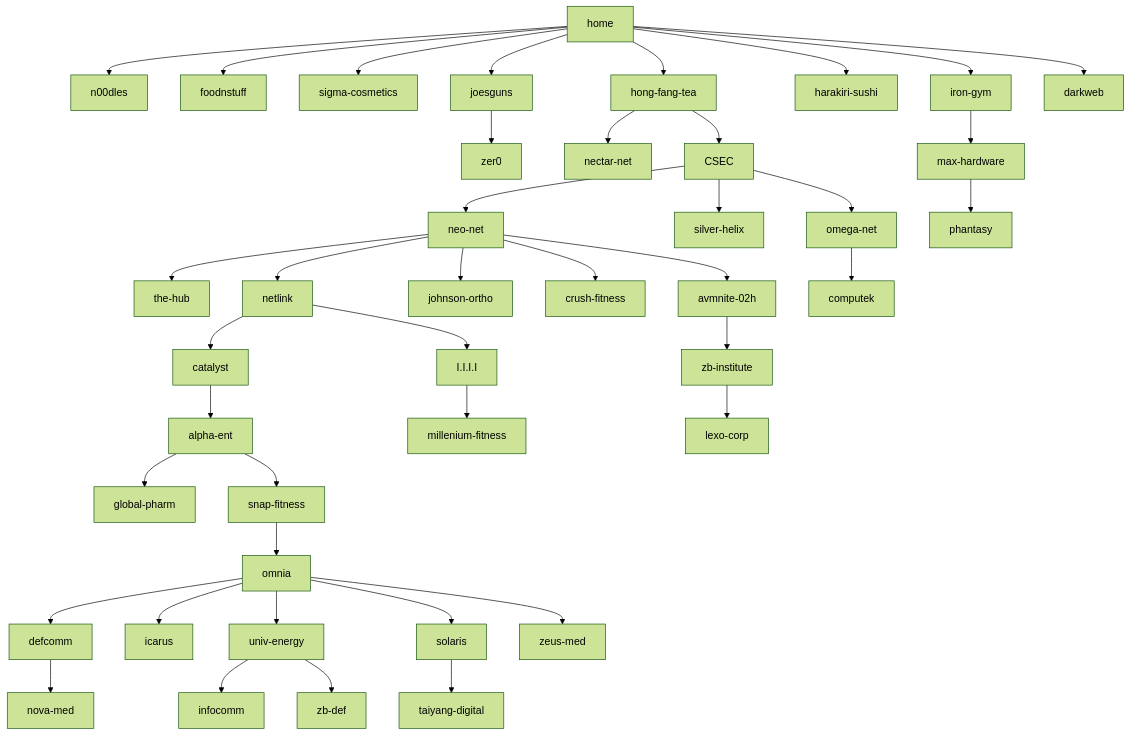
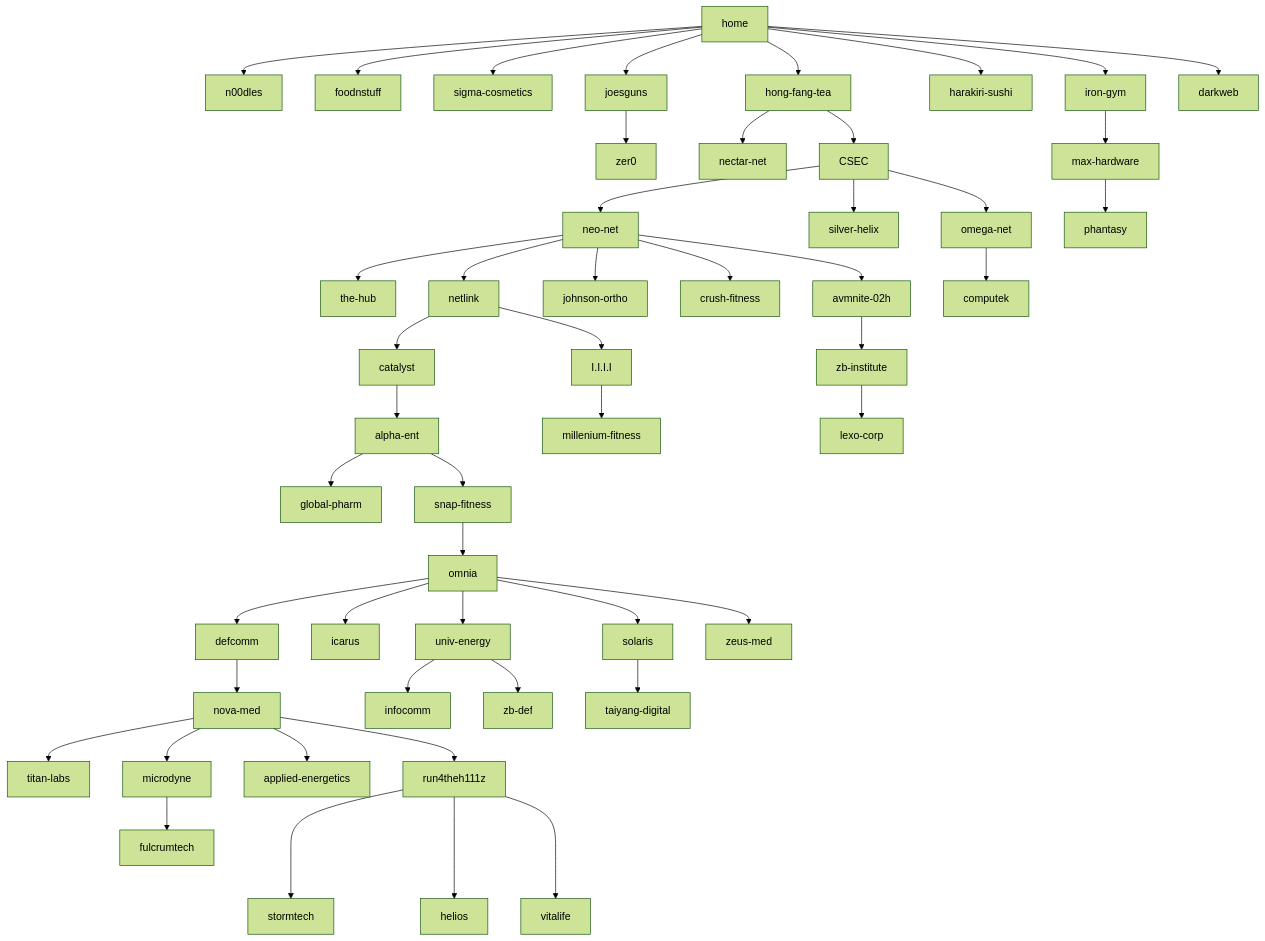
One commit to edernucci/bitburner-network-map changed the diagram in README.md. Above: the diagram before and after it, drawn with Mermaid (forest theme).

````diff
--- a/README.md
+++ b/README.md
@@ -3,61 +3,72 @@
 ```mermaid
 flowchart TB
   home --> n00dles
   home --> foodnstuff
   home --> sigma-cosmetics
   home --> joesguns
   home --> hong-fang-tea
   home --> harakiri-sushi
   home --> iron-gym
   home --> darkweb
   
   joesguns --> zer0
   
   hong-fang-tea --> nectar-net
   hong-fang-tea --> CSEC
   
   iron-gym --> max-hardware
   
   max-hardware --> phantasy
   
   CSEC --> neo-net
   CSEC --> silver-helix
   CSEC --> omega-net
   
   neo-net --> the-hub
   neo-net --> netlink
   neo-net --> johnson-ortho
   neo-net --> crush-fitness
   neo-net --> avmnite-02h
   
   omega-net --> computek
   
   avmnite-02h --> zb-institute
   
   netlink --> catalyst
   netlink --> I.I.I.I
   
   zb-institute --> lexo-corp
   
   I.I.I.I --> millenium-fitness
   
   catalyst --> alpha-ent
   
   alpha-ent --> global-pharm
   alpha-ent --> snap-fitness
   
   snap-fitness --> omnia
   
   omnia --> defcomm
   omnia --> icarus
   omnia --> univ-energy
   omnia --> solaris
   omnia --> zeus-med
   
   defcomm --> nova-med
   
   univ-energy --> infocomm
   univ-energy --> zb-def
   
   solaris --> taiyang-digital
+  
+  nova-med --> titan-labs
+  nova-med --> microdyne
+  nova-med --> applied-energetics
+  nova-med --> run4theh111z
+  
+  microdyne --> fulcrumtech
+  
+  run4theh111z ---> stormtech
+  run4theh111z ---> helios
+  run4theh111z ---> vitalife
 ```
````
